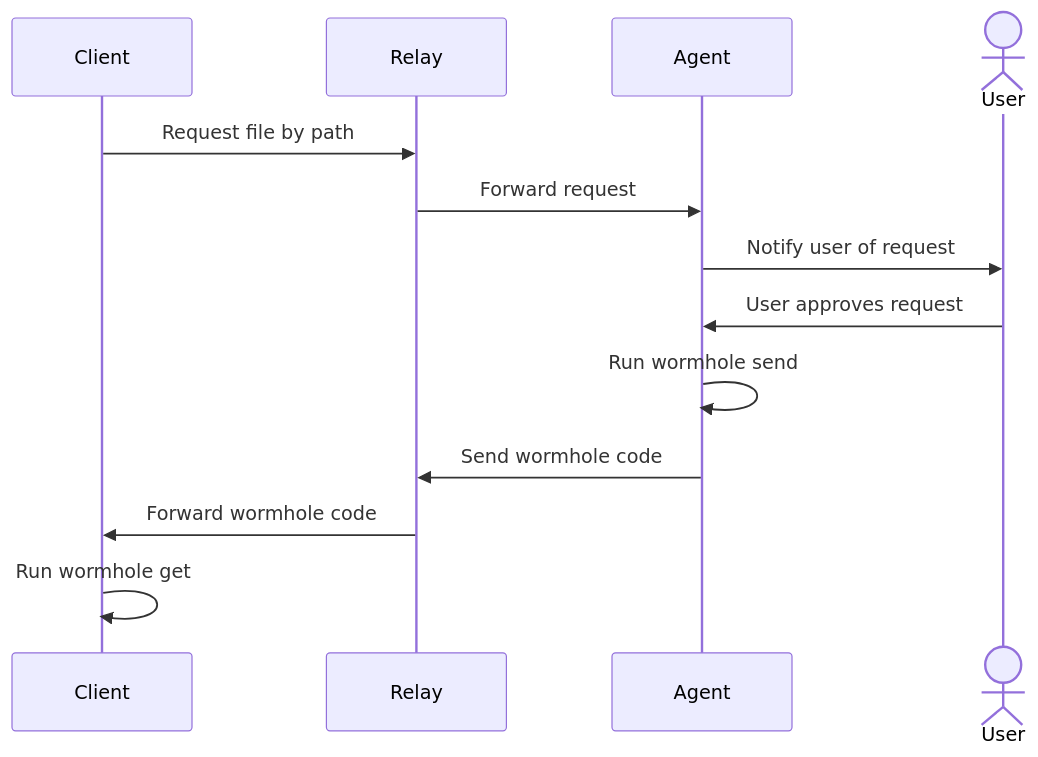
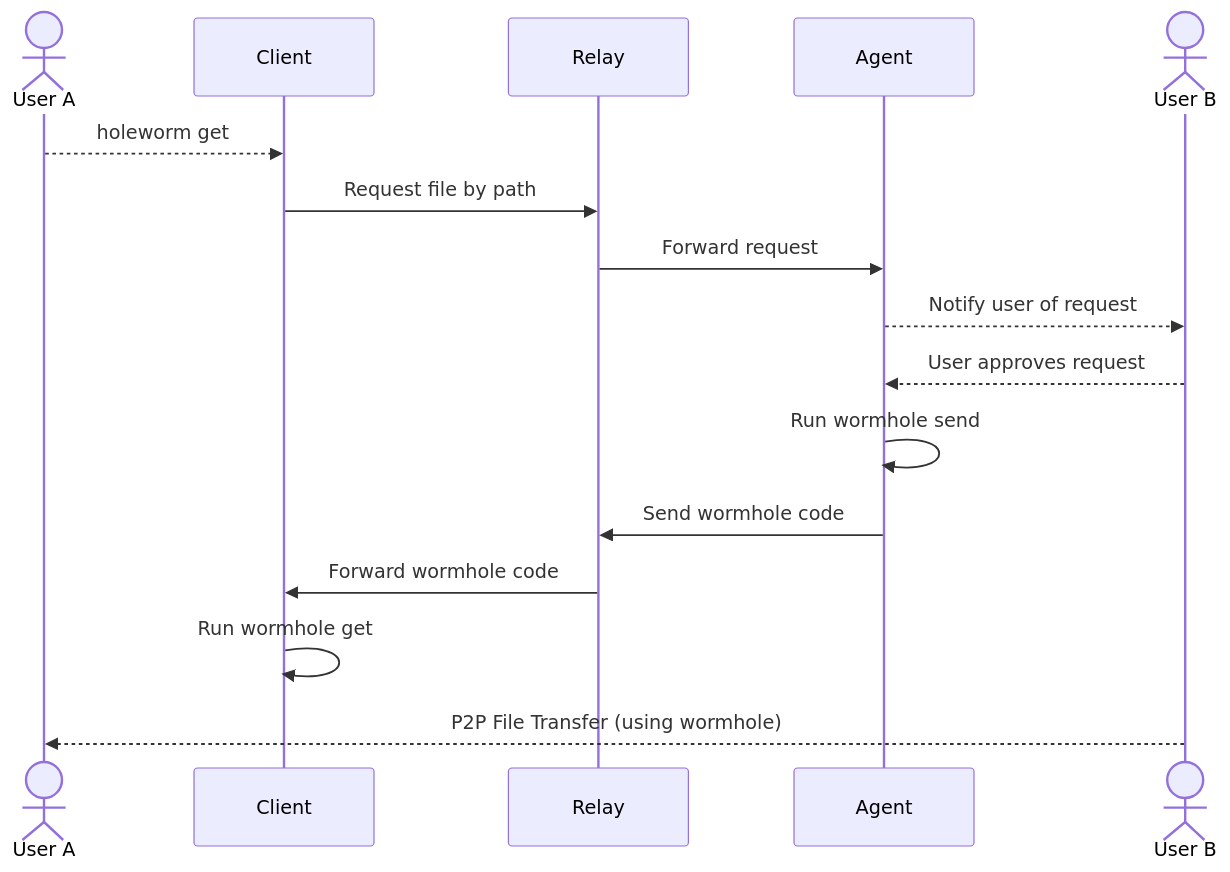
Before and after one commit to fibonacid/holeworm: the diagram in README.md, drawn with Mermaid.

Commit message:
Update sequence diagram to include User B

````diff
--- a/README.md
+++ b/README.md
@@ -21,16 +21,19 @@
 ```mermaid
 sequenceDiagram
+    actor UA as User A
     participant C as Client
     participant R as Relay
     participant A as Agent
-    actor U as User
+    actor UB as User B
 
+    UA-->>C:holeworm get
     C->>R: Request file by path
     R->>A: Forward request
-    A->>U: Notify user of request
-    U->>A: User approves request
+    A-->>UB: Notify user of request
+    UB-->>A: User approves request
     A->>A: Run wormhole send
     A->>R: Send wormhole code
     R->>C: Forward wormhole code
     C->>C: Run wormhole get
+    UB-->>UA: P2P File Transfer (using wormhole)
 ```
````
